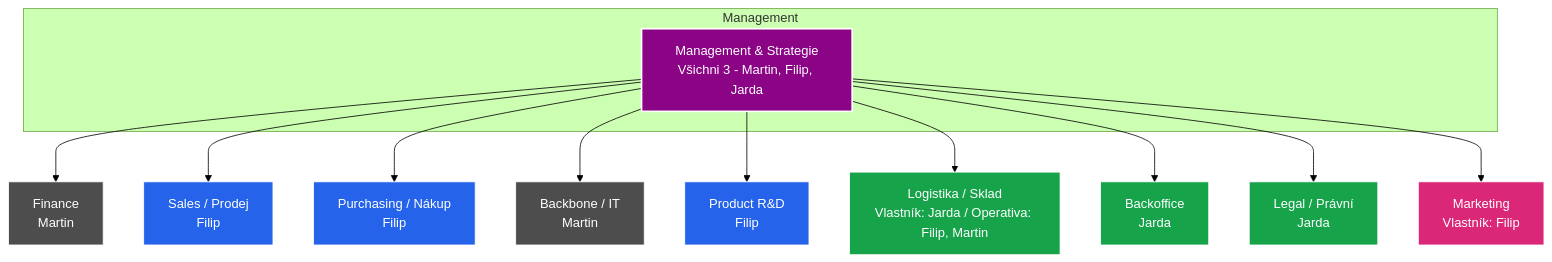
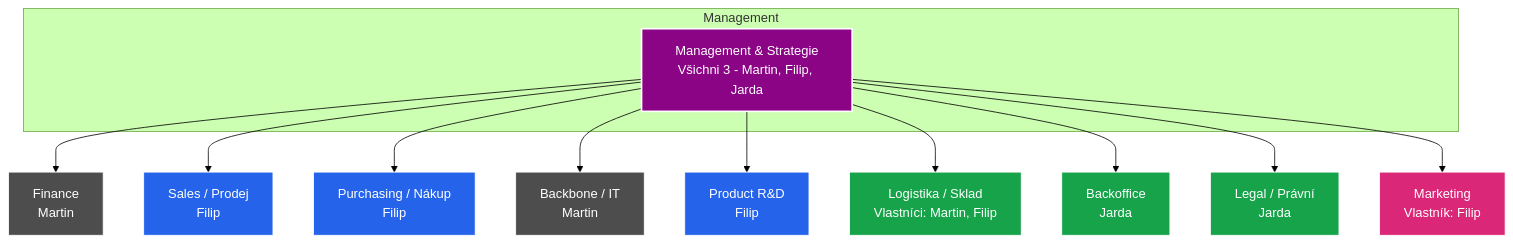
One commit to martinstar77/az-composite-system changed the diagram in dokumentace/planovani/organizace_a_oddeleni.md. Above: the diagram before and after it, drawn with Mermaid (forest theme). The commit also changed other lines of this file and 9 other files, not shown here.

````diff
--- a/dokumentace/planovani/organizace_a_oddeleni.md
+++ b/dokumentace/planovani/organizace_a_oddeleni.md
@@ -30,27 +30,27 @@
 ```mermaid
 graph TD
     subgraph Management
         M[Management & Strategie<br/>Všichni 3 - Martin, Filip, Jarda]
     end
 
     M --> F[Finance<br/>Martin]
     M --> S[Sales / Prodej<br/>Filip]
     M --> P[Purchasing / Nákup<br/>Filip]
     M --> B[Backbone / IT<br/>Martin]
     M --> RD[Product R&D<br/>Filip]
-    M --> L[Logistika / Sklad<br/>Vlastník: Jarda / Operativa: Filip, Martin]
+    M --> L[Logistika / Sklad<br/>Vlastníci: Martin, Filip]
     M --> BO[Backoffice<br/>Jarda]
     M --> LEG[Legal / Právní<br/>Jarda]
     M --> MKT[Marketing<br/>Vlastník: Filip]
 
     style M fill:#8A0485,stroke:#fff,stroke-width:2px,color:#fff
     style F fill:#4D4D4D,stroke:#fff,color:#fff
     style B fill:#4D4D4D,stroke:#fff,color:#fff
     style S fill:#2563eb,stroke:#fff,color:#fff
     style P fill:#2563eb,stroke:#fff,color:#fff
     style RD fill:#2563eb,stroke:#fff,color:#fff
     style L fill:#16a34a,stroke:#fff,color:#fff
     style BO fill:#16a34a,stroke:#fff,color:#fff
     style LEG fill:#16a34a,stroke:#fff,color:#fff
     style MKT fill:#db2777,stroke:#fff,color:#fff
 ```
````
